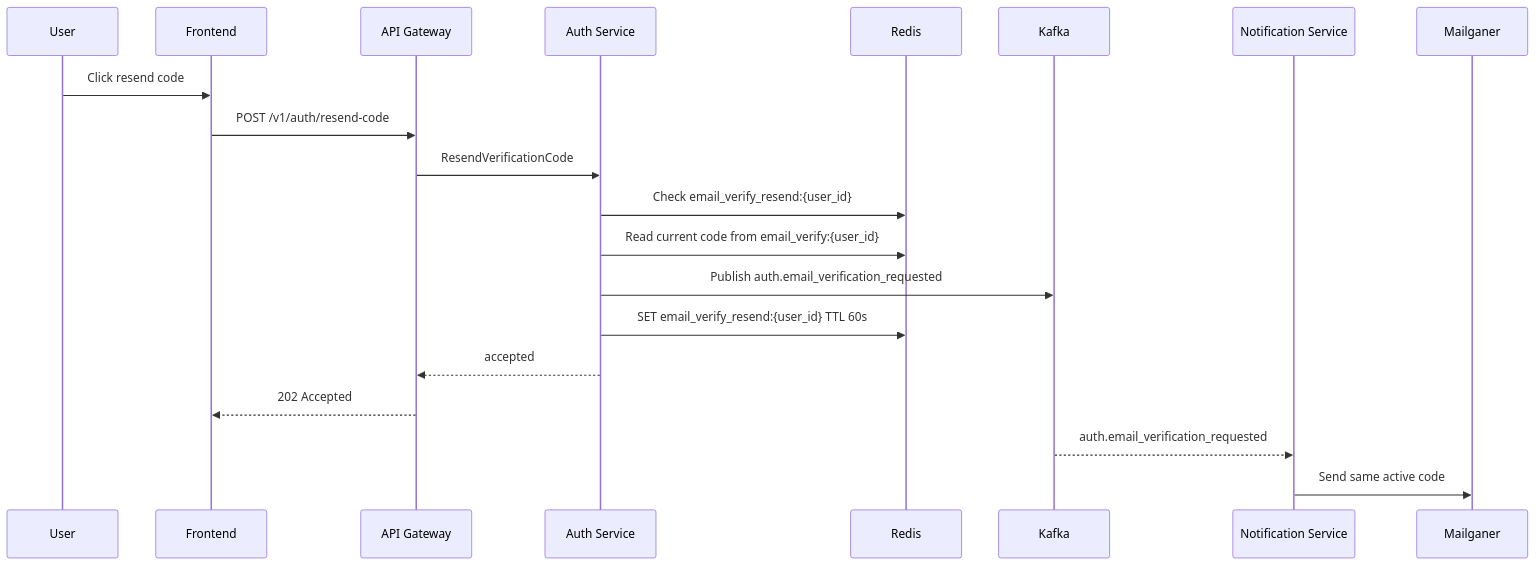
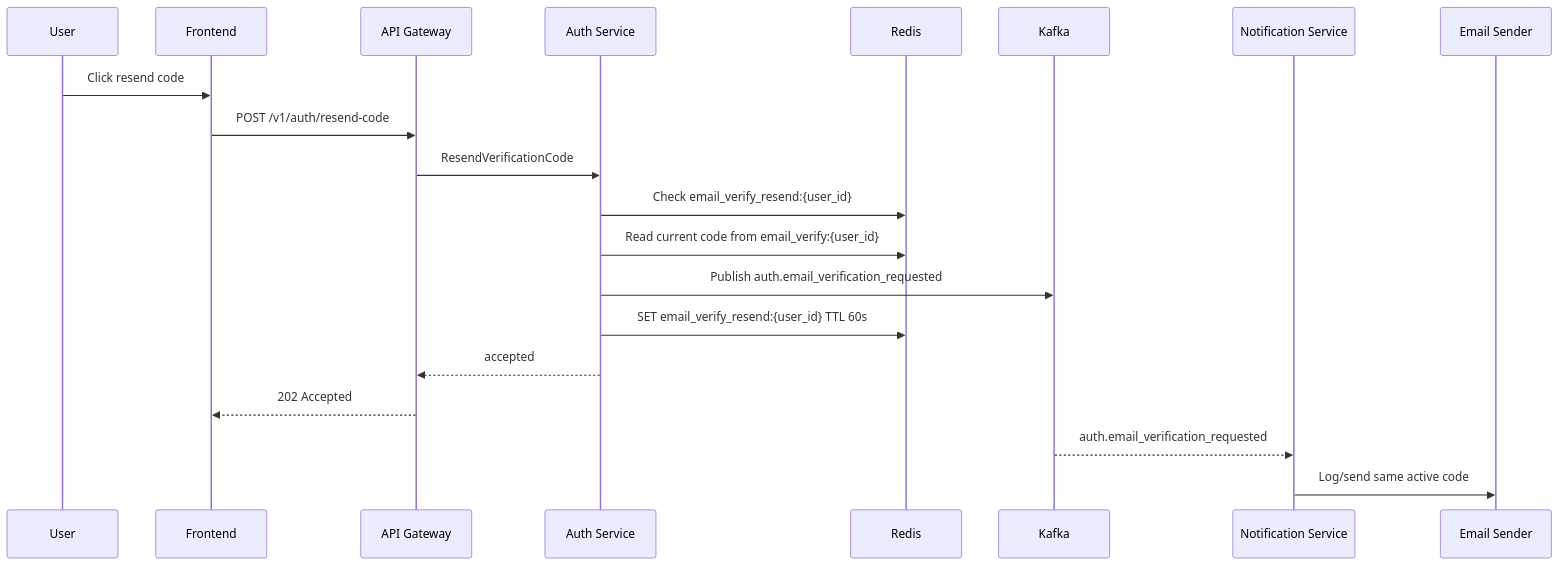
Before and after one commit to tmcrypted/berusmenu: the second of 15 diagrams in docs/sequence-diagrams.md, drawn with Mermaid. The commit also changed other lines of this file and 91 other files, not shown here.

````diff
--- a/docs/sequence-diagrams.md
+++ b/docs/sequence-diagrams.md
@@ -35,23 +35,23 @@
 ```mermaid
 sequenceDiagram
     participant U as User
     participant FE as Frontend
     participant GW as API Gateway
     participant AU as Auth Service
     participant R as Redis
     participant K as Kafka
     participant NS as Notification Service
-    participant MP as Mailganer
+    participant ES as Email Sender
 
     U->>FE: Click resend code
     FE->>GW: POST /v1/auth/resend-code
     GW->>AU: ResendVerificationCode
     AU->>R: Check email_verify_resend:{user_id}
     AU->>R: Read current code from email_verify:{user_id}
     AU->>K: Publish auth.email_verification_requested
     AU->>R: SET email_verify_resend:{user_id} TTL 60s
     AU-->>GW: accepted
     GW-->>FE: 202 Accepted
     K-->>NS: auth.email_verification_requested
-    NS->>MP: Send same active code
+    NS->>ES: Log/send same active code
 ```
````
